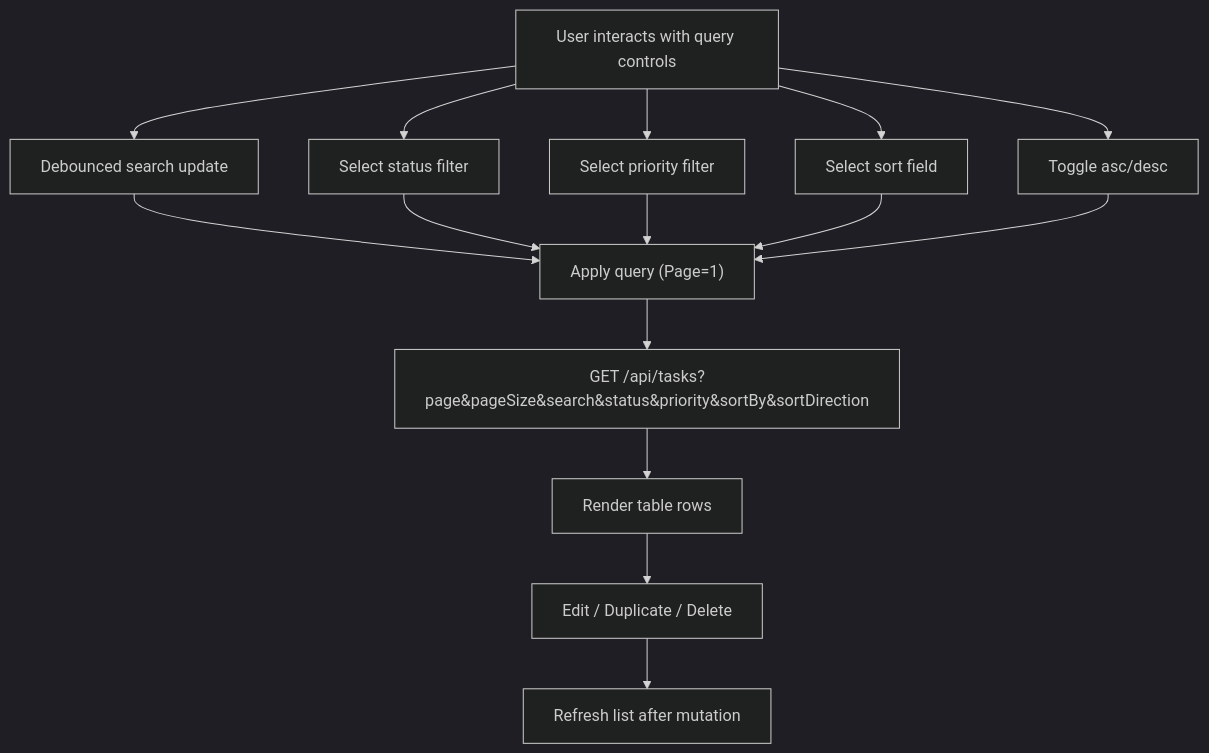
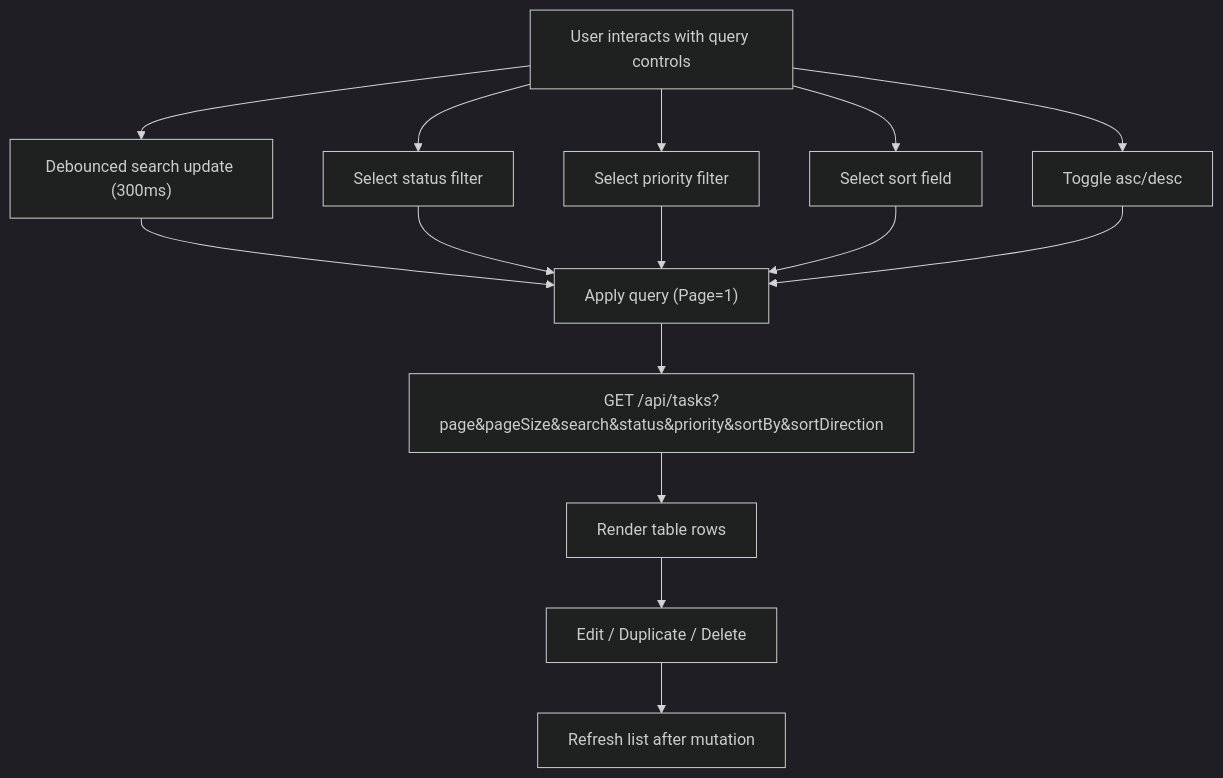
Before and after one commit to jejejesus/TaskFlow: the fifth of 10 diagrams in .qoder/repowiki/en/content/Task Management Feature/Task Management Feature.md, drawn with Mermaid (dark theme). The commit also changed other lines of this file and 21 other files, not shown here.

````diff
--- a/.qoder/repowiki/en/content/Task Management Feature/Task Management Feature.md
+++ b/.qoder/repowiki/en/content/Task Management Feature/Task Management Feature.md
@@ -240,17 +267,17 @@
 ```mermaid
 flowchart TD
-QStart["User interacts with query controls"] --> Search["Debounced search update"]
+QStart["User interacts with query controls"] --> Search["Debounced search update (300ms)"]
 QStart --> FilterStatus["Select status filter"]
 QStart --> FilterPriority["Select priority filter"]
 QStart --> SortBy["Select sort field"]
 QStart --> SortDir["Toggle asc/desc"]
 Search --> Apply["Apply query (Page=1)"]
 FilterStatus --> Apply
 FilterPriority --> Apply
 SortBy --> Apply
 SortDir --> Apply
 Apply --> Fetch["GET /api/tasks?page&pageSize&search&status&priority&sortBy&sortDirection"]
 Fetch --> Render["Render table rows"]
 Render --> Actions["Edit / Duplicate / Delete"]
 Actions --> Refresh["Refresh list after mutation"]
 ```
````
